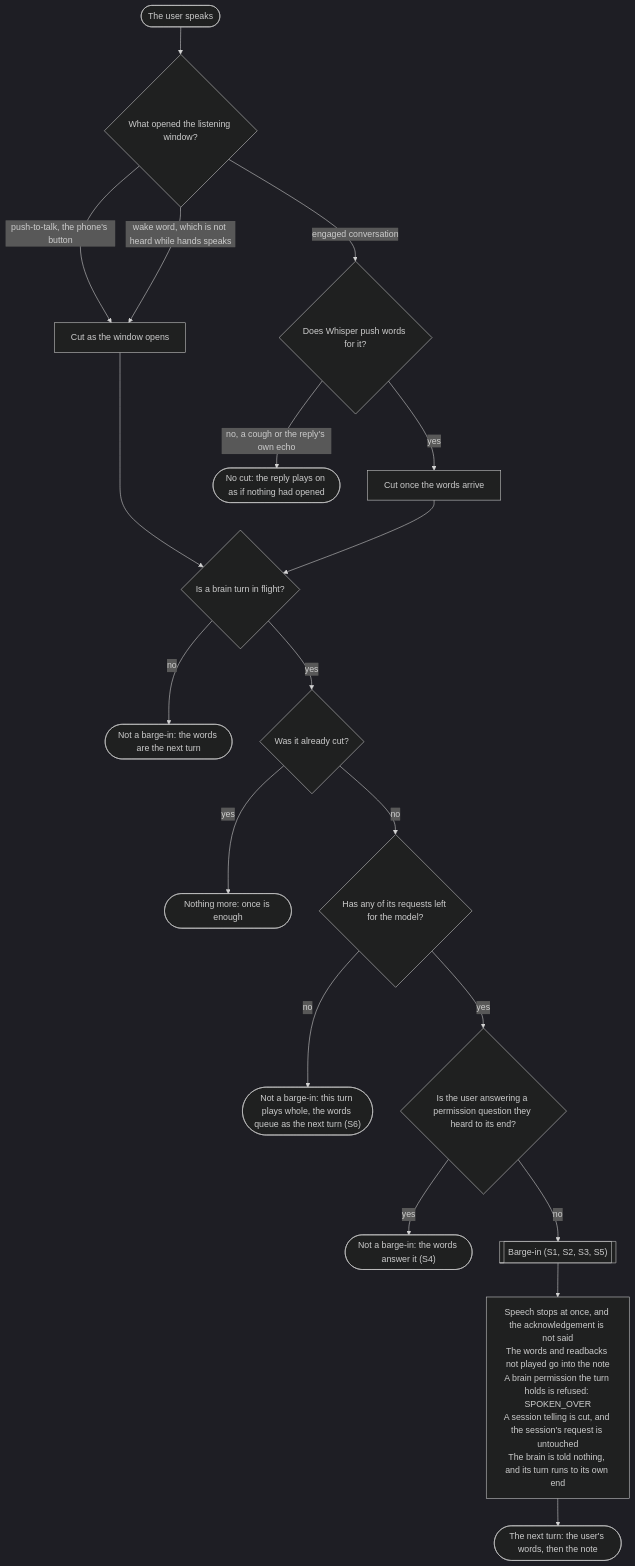
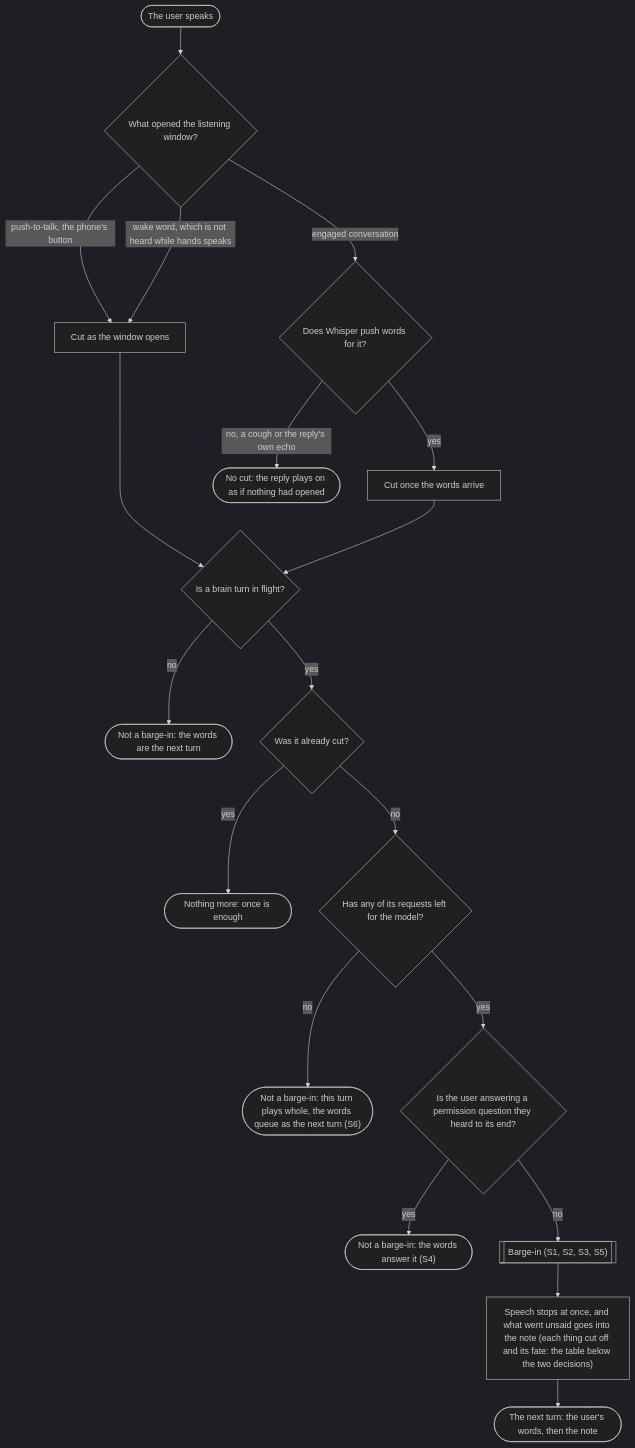
One commit to promptctl/cc-hands changed the first of 7 diagrams in docs/barge-in.md. Above: the diagram before and after it, drawn with Mermaid (dark theme).

Commit message:
docs: the decision tree's barge-in outcome is one short node pointing at the fates table; the five-line node overflowed GitHub's Mermaid frame and hid the terminal after it (promptctl-barge-in-duao.x3d)

````diff
--- a/docs/barge-in.md
+++ b/docs/barge-in.md
@@ -54,21 +54,21 @@
 ```mermaid
 flowchart TD
     speak(["The user speaks"]) --> opened{"What opened the listening window?"}
     opened -- "push-to-talk, the phone's button" --> now["Cut as the window opens"]
     opened -- "wake word, which is not heard while hands speaks" --> now
     opened -- "engaged conversation" --> whisper{"Does Whisper push words for it?"}
     whisper -- "yes" --> words["Cut once the words arrive"]
     whisper -- "no, a cough or the reply's own echo" --> nocut(["No cut: the reply plays on as if nothing had opened"])
     now --> inflight{"Is a brain turn in flight?"}
     words --> inflight
     inflight -- "no" --> nextturn(["Not a barge-in: the words are the next turn"])
     inflight -- "yes" --> again{"Was it already cut?"}
     again -- "yes" --> once(["Nothing more: once is enough"])
     again -- "no" --> left{"Has any of its requests left for the model?"}
     left -- "no" --> queue(["Not a barge-in: this turn plays whole, the words queue as the next turn (S6)"])
     left -- "yes" --> heard{"Is the user answering a permission question they heard to its end?"}
     heard -- "yes" --> answer(["Not a barge-in: the words answer it (S4)"])
     heard -- "no" --> barge[["Barge-in (S1, S2, S3, S5)"]]
-    barge --> fates["Speech stops at once, and the acknowledgement is not said<br/>The words and readbacks not played go into the note<br/>A brain permission the turn holds is refused: SPOKEN_OVER<br/>A session telling is cut, and the session's request is untouched<br/>The brain is told nothing, and its turn runs to its own end"]
+    barge --> fates["Speech stops at once, and what went unsaid goes into the note (each thing cut off and its fate: the table below the two decisions)"]
     fates --> note(["The next turn: the user's words, then the note"])
 ```
````
